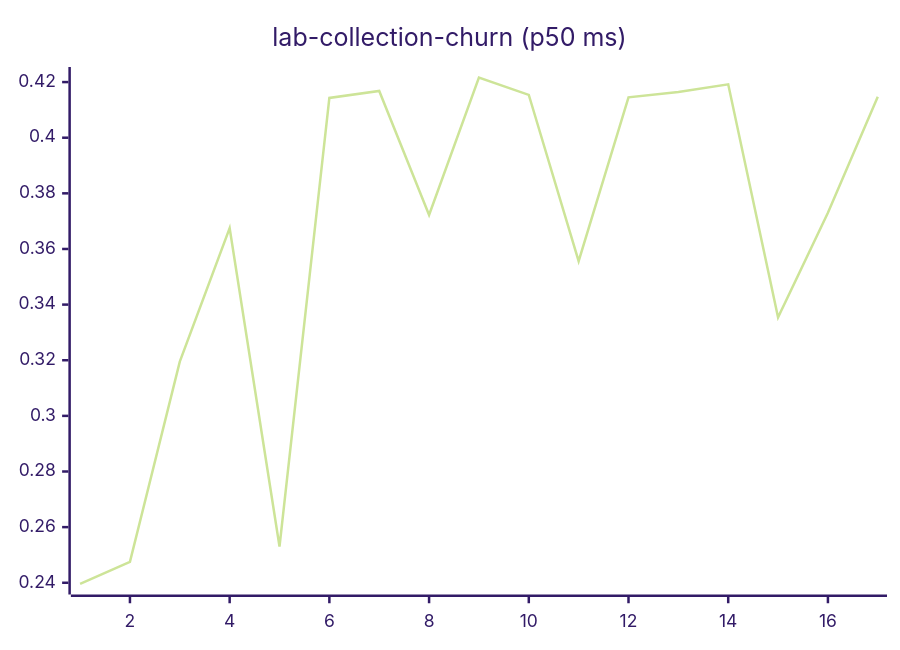
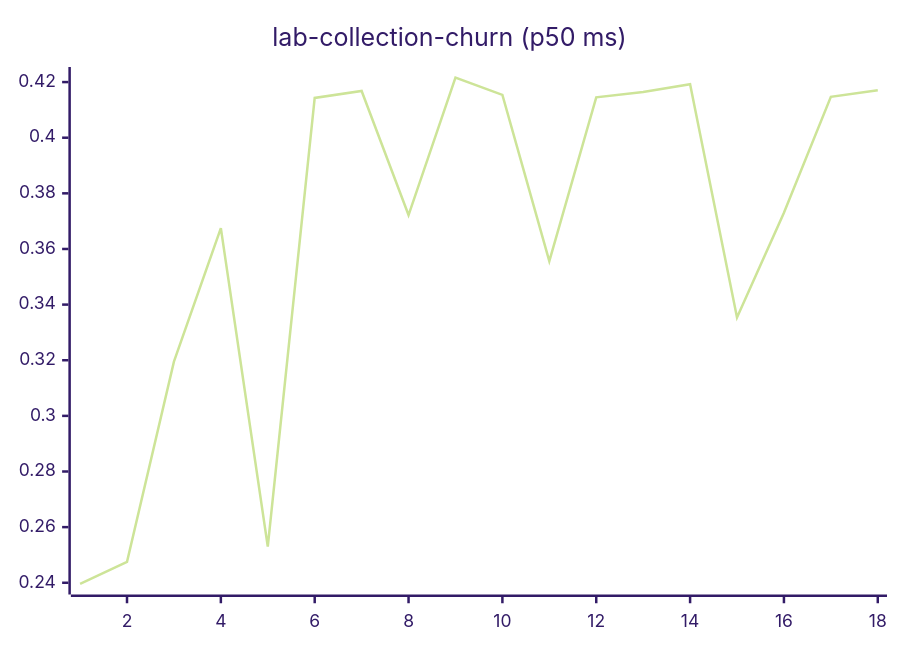
One commit to josha/Facet changed diagram 11 of 27 in README.md. Above: the diagram before and after it, drawn with Mermaid (forest theme). The commit also changed other lines of this file and 2 other files, not shown here.

````diff
--- a/README.md
+++ b/README.md
@@ -133,6 +133,6 @@
 ```mermaid
 xychart-beta
     title "lab-collection-churn (p50 ms)"
-    x-axis 1 --> 17
-    line [0.2396, 0.2475, 0.3195, 0.3675, 0.2530, 0.4143, 0.4168, 0.3722, 0.4216, 0.4154, 0.3556, 0.4145, 0.4164, 0.4192, 0.3354, 0.3730, 0.4147]
+    x-axis 1 --> 18
+    line [0.2396, 0.2475, 0.3195, 0.3675, 0.2530, 0.4143, 0.4168, 0.3722, 0.4216, 0.4154, 0.3556, 0.4145, 0.4164, 0.4192, 0.3354, 0.3730, 0.4147, 0.4171]
 ```
````
